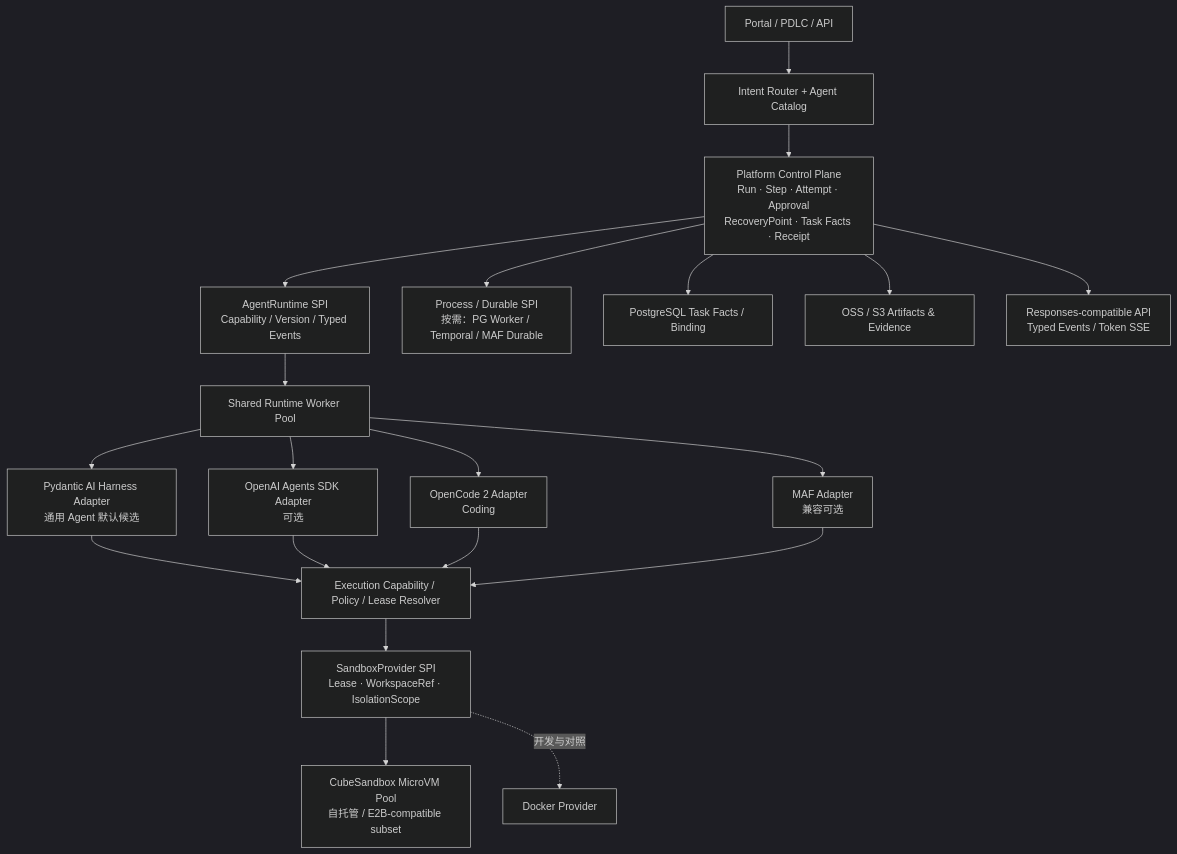
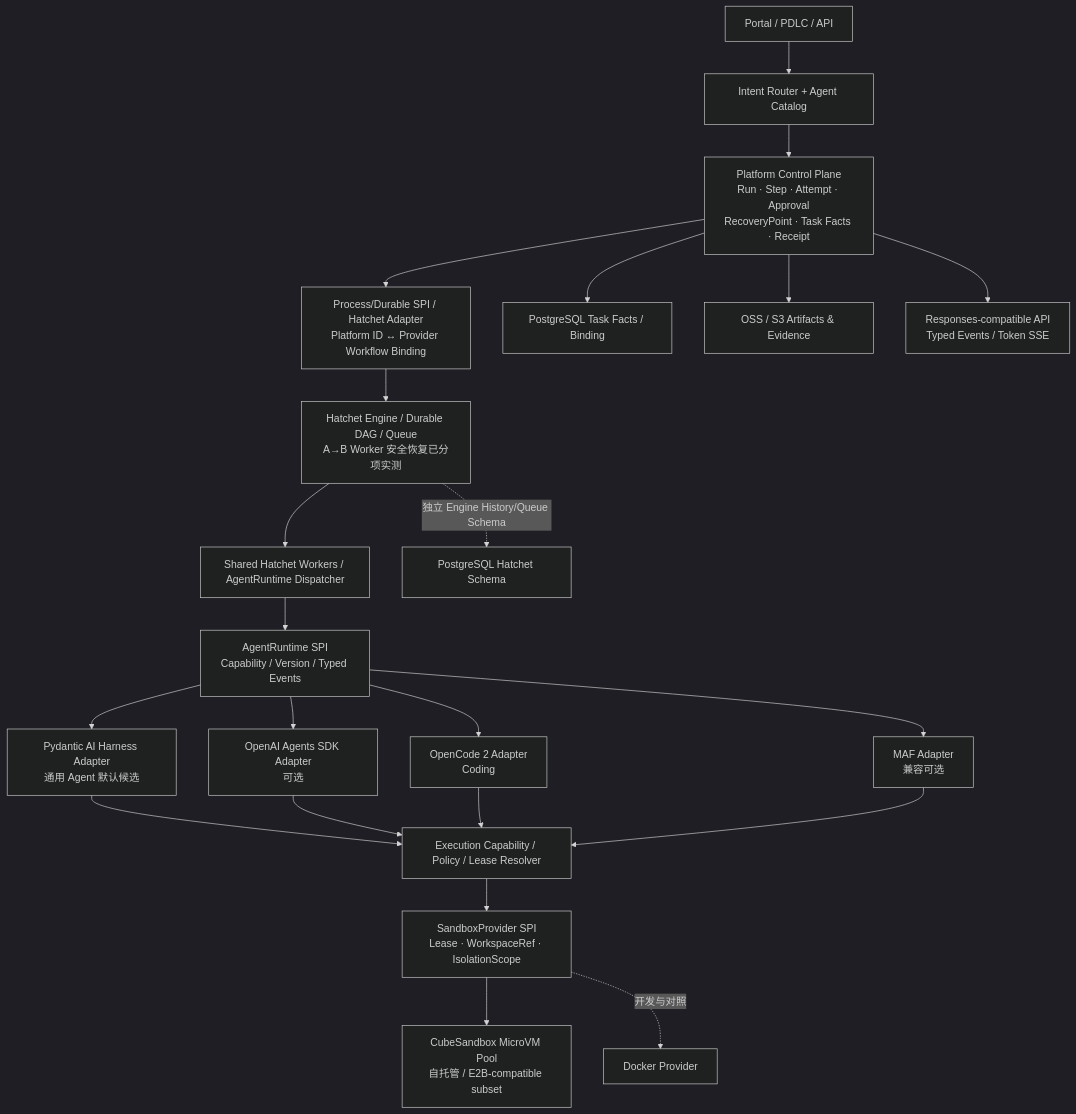
The diagram in docs/references/MULTI_HARNESS_TARGET_ARCHITECTURE_20261009.md (Bulls1986/Agent-Harness-Platform), drawn with Mermaid (dark theme) before and after one commit. The commit also changed other lines of this file and 19 other files, not shown here.

First line of the commit message:
architecture(harness): adopt Hatchet Durable SPI baseline, reject DBOS

````diff
--- a/docs/references/MULTI_HARNESS_TARGET_ARCHITECTURE_20261009.md
+++ b/docs/references/MULTI_HARNESS_TARGET_ARCHITECTURE_20261009.md
@@ -22,22 +24,24 @@
 ```mermaid
 flowchart TB
   UI["Portal / PDLC / API"] --> ROUTER["Intent Router + Agent Catalog"]
   ROUTER --> CP["Platform Control Plane\nRun · Step · Attempt · Approval\nRecoveryPoint · Task Facts · Receipt"]
-  CP --> ARSPI["AgentRuntime SPI\nCapability / Version / Typed Events"]
-  ARSPI --> POOL["Shared Runtime Worker Pool"]
-  POOL --> PYD["Pydantic AI Harness Adapter\n通用 Agent 默认候选"]
-  POOL --> OAI["OpenAI Agents SDK Adapter\n可选"]
-  POOL --> OC["OpenCode 2 Adapter\nCoding"]
-  POOL --> MAF["MAF Adapter\n兼容可选"]
+  CP --> DUR["Process/Durable SPI / Hatchet Adapter\nPlatform ID ↔ Provider Workflow Binding"]
+  DUR --> HAT["Hatchet Engine / Durable DAG / Queue\nA→B Worker 安全恢复已分项实测"]
+  HAT --> POOL["Shared Hatchet Workers / AgentRuntime Dispatcher"]
+  POOL --> ARSPI["AgentRuntime SPI\nCapability / Version / Typed Events"]
+  ARSPI --> PYD["Pydantic AI Harness Adapter\n通用 Agent 默认候选"]
+  ARSPI --> OAI["OpenAI Agents SDK Adapter\n可选"]
+  ARSPI --> OC["OpenCode 2 Adapter\nCoding"]
+  ARSPI --> MAF["MAF Adapter\n兼容可选"]
   PYD --> EXE["Execution Capability / Policy / Lease Resolver"]
   OAI --> EXE
   OC --> EXE
   MAF --> EXE
   EXE --> SB["SandboxProvider SPI\nLease · WorkspaceRef · IsolationScope"]
   SB --> CUBE["CubeSandbox MicroVM Pool\n自托管 / E2B-compatible subset"]
   SB -. "开发与对照" .-> DOCKER["Docker Provider"]
-  CP --> DUR["Process / Durable SPI\n按需：PG Worker / Temporal / MAF Durable"]
+  HAT -. "独立 Engine History/Queue Schema" .-> HPG["PostgreSQL Hatchet Schema"]
   CP --> PG["PostgreSQL Task Facts / Binding"]
   CP --> OSS["OSS / S3 Artifacts & Evidence"]
   CP --> EVT["Responses-compatible API\nTyped Events / Token SSE"]
 ```
````
